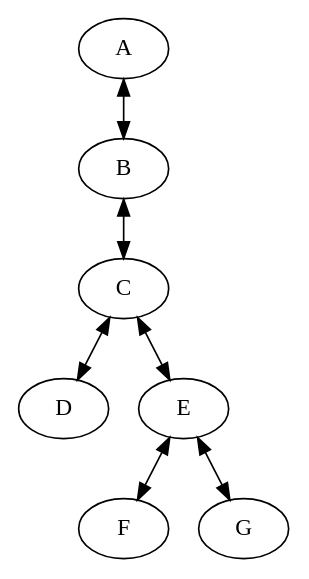
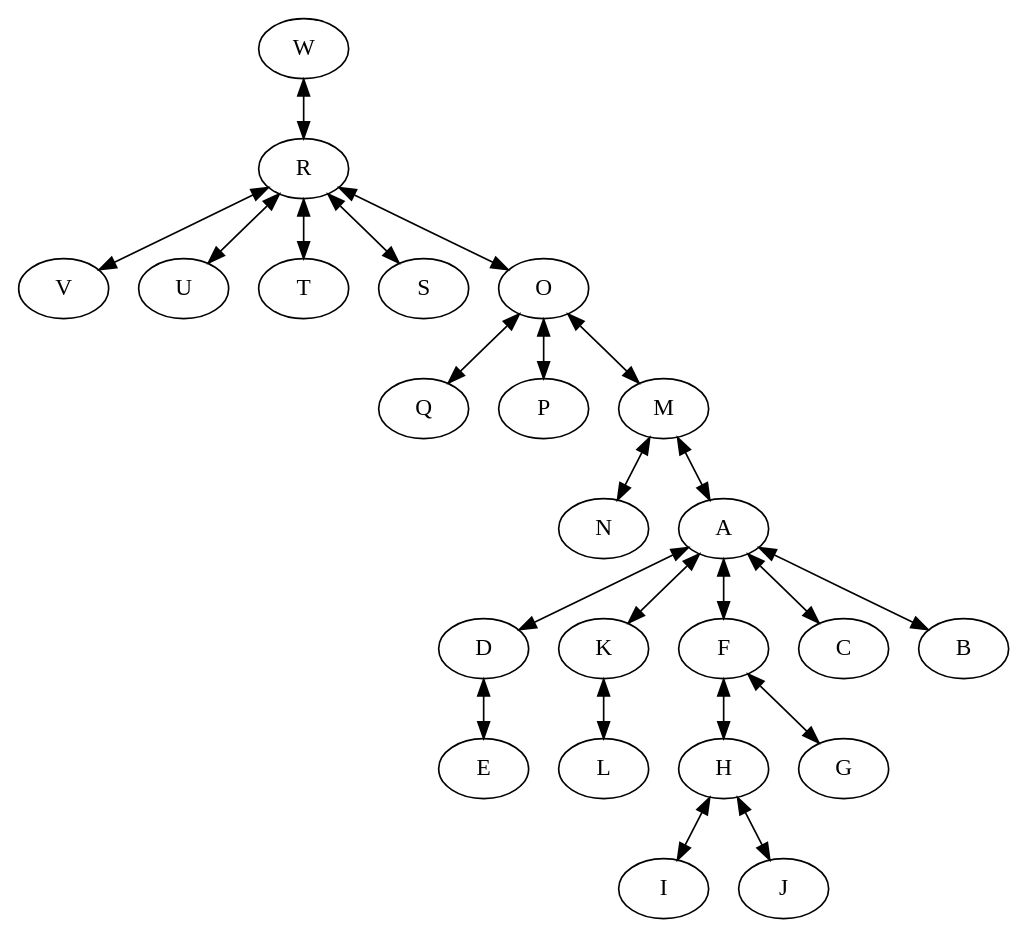
One commit to ryanbrummet09/DynamicTDMA changed the diagram in topology.dot. Above: the diagram before and after it, drawn with Graphviz. The commit also changed 12 other files, not shown here.

Commit message:
changed RunStatistic, changed periodic flow priority, added real topology testing class

```diff
--- a/topology.dot
+++ b/topology.dot
@@ -1,15 +1,47 @@
 digraph topology {
 	concentrate=true
+	W->R;
+	R->W;
+	V->R;
+	R->V;
+	U->R;
+	R->U;
+	T->R;
+	R->T;
+	S->R;
+	R->S;
+	R->O;
+	O->R;
+	Q->O;
+	O->Q;
+	P->O;
+	O->P;
+	O->M;
+	M->O;
+	N->M;
+	M->N;
+	E->D;
+	D->E;
+	L->K;
+	K->L;
+	I->H;
+	H->I;
+	J->H;
+	H->J;
+	G->F;
+	F->G;
+	H->F;
+	F->H;
+	M->A;
+	A->M;
+	C->A;
+	A->C;
+	B->A;
 	A->B;
-	B->A;
-	B->C;
-	C->B;
-	C->D;
-	D->C;
-	E->C;
-	C->E;
-	E->F;
-	F->E;
-	E->G;
-	G->E;
+	D->A;
+	A->D;
+	F->A;
+	A->F;
+	K->A;
+	A->K;
 }
```
